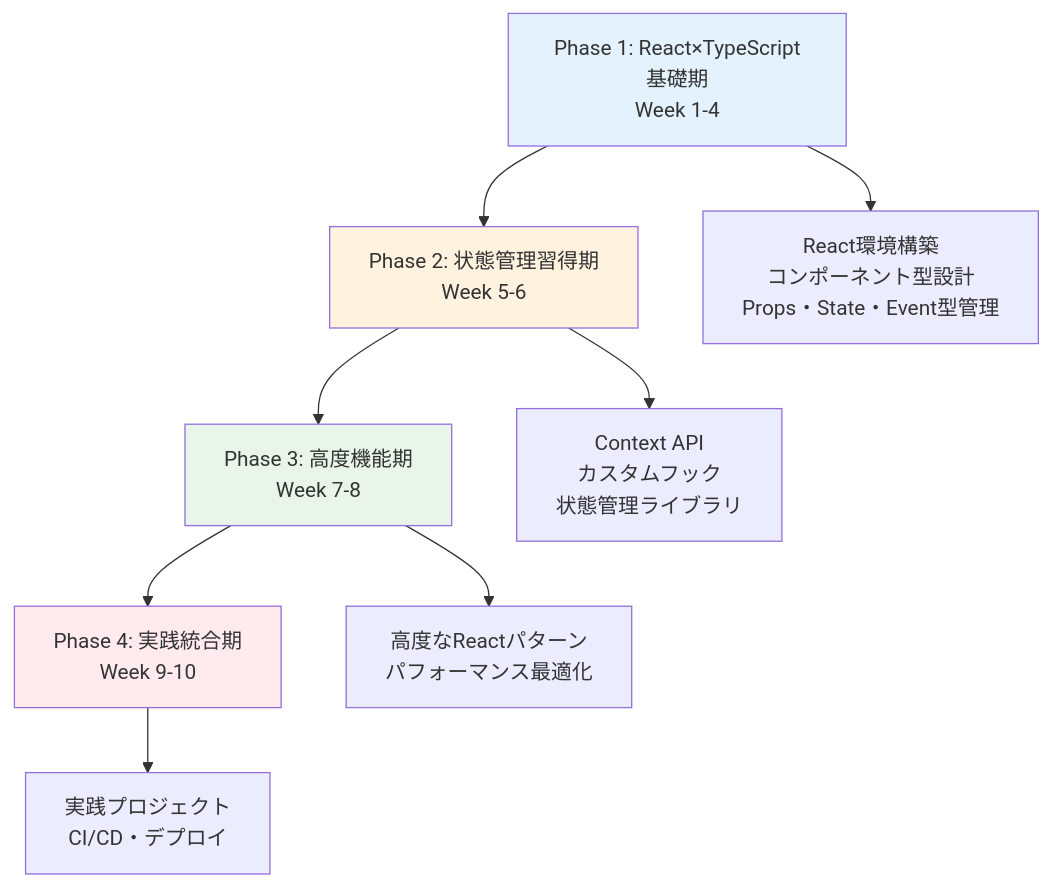
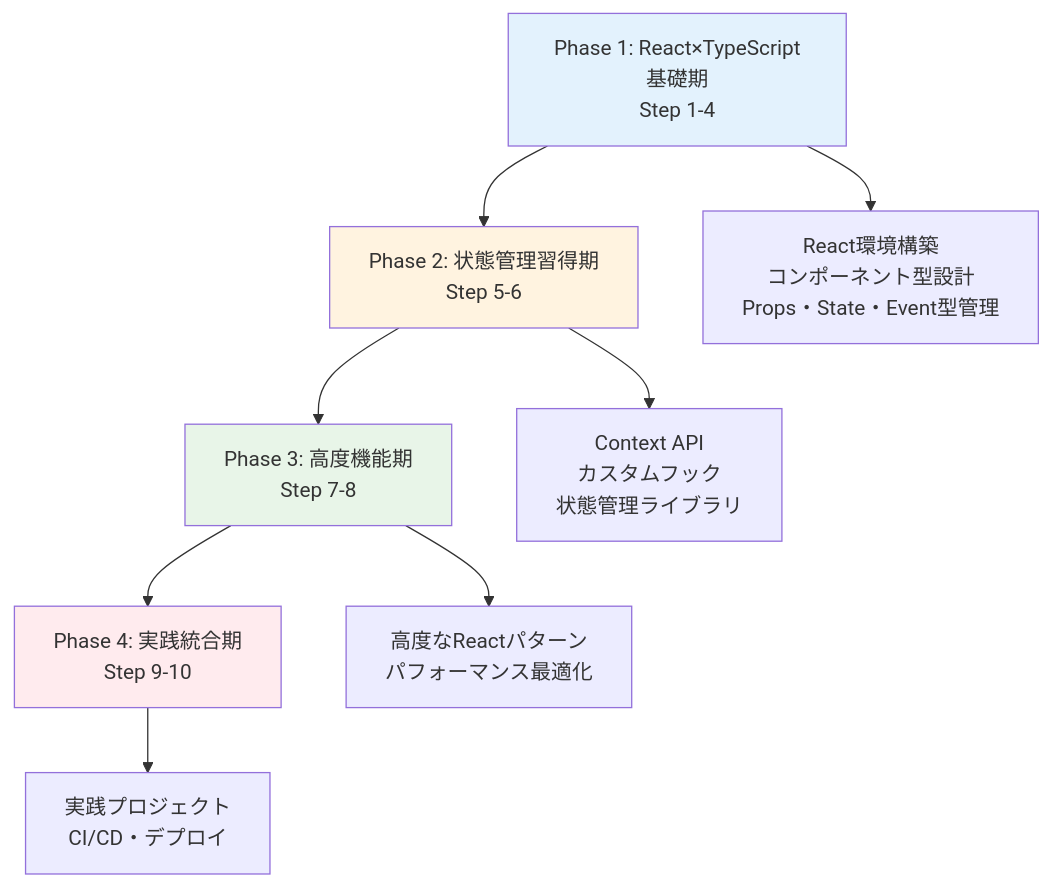
The diagram in 学習プラン/Phase2_TypeScript×React完全習得/TypeScript×React完全学習プラン.md (shiftplus-corp-homan-keisuke/frontend), drawn with Mermaid before and after one commit. The commit also changed other lines of this file and 129 other files, not shown here.

````diff
--- a/学習プラン/Phase2_TypeScript×React完全習得/TypeScript×React完全学習プラン.md
+++ b/学習プラン/Phase2_TypeScript×React完全習得/TypeScript×React完全学習プラン.md
@@ -23,16 +26,16 @@
 ```mermaid
 graph TD
-    A[Phase 1: React×TypeScript基礎期<br/>Week 1-4] --> B[Phase 2: 状態管理習得期<br/>Week 5-6]
-    B --> C[Phase 3: 高度機能期<br/>Week 7-8]
-    C --> D[Phase 4: 実践統合期<br/>Week 9-10]
-    
+    A[Phase 1: React×TypeScript基礎期<br/>Step 1-4] --> B[Phase 2: 状態管理習得期<br/>Step 5-6]
+    B --> C[Phase 3: 高度機能期<br/>Step 7-8]
+    C --> D[Phase 4: 実践統合期<br/>Step 9-10]
+
     A --> A1[React環境構築<br/>コンポーネント型設計<br/>Props・State・Event型管理]
     B --> B1[Context API<br/>カスタムフック<br/>状態管理ライブラリ]
     C --> C1[高度なReactパターン<br/>パフォーマンス最適化]
     D --> D1[実践プロジェクト<br/>CI/CD・デプロイ]
-    
+
     style A fill:#e3f2fd
     style B fill:#fff3e0
     style C fill:#e8f5e8
     style D fill:#ffebee
 ```
````
